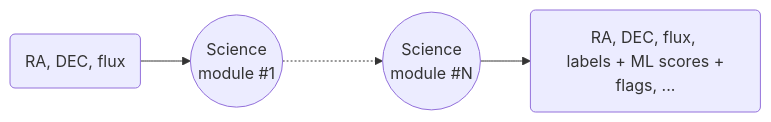
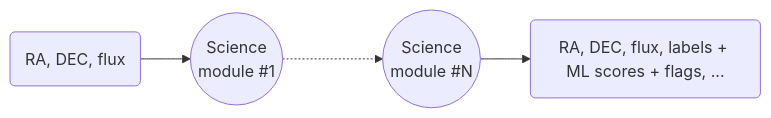
One commit to astrolabsoftware/fink changed the diagram in docs/broker/science_modules.md. Above: the diagram before and after it, drawn with Mermaid.

Commit message:
Remove line break

````diff
--- a/docs/broker/science_modules.md
+++ b/docs/broker/science_modules.md
@@ -10,6 +10,6 @@
 ``` mermaid
 graph LR
   A(RA, DEC, flux) --> B((Science \n module #1));
   B -..-> C((Science \n module #N));
-  C --> D(RA, DEC, flux, \n labels + ML scores + flags, ...);
+  C --> D(RA, DEC, flux, labels + ML scores + flags, ...);
 ```
````
